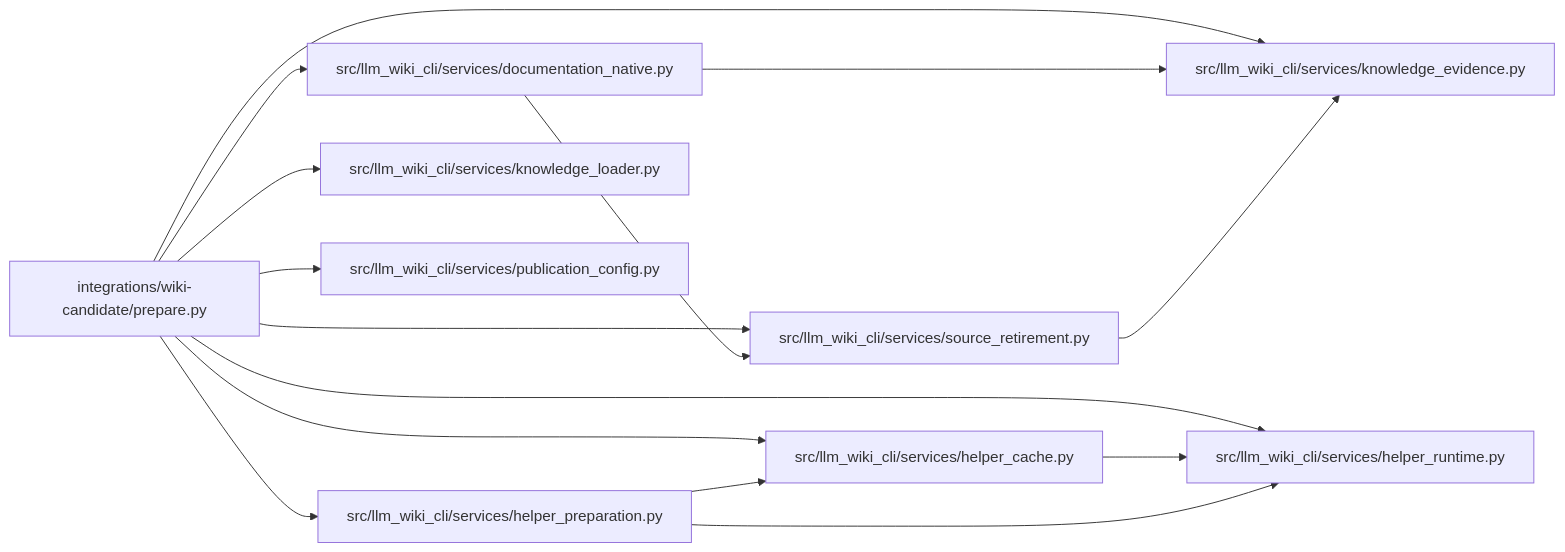
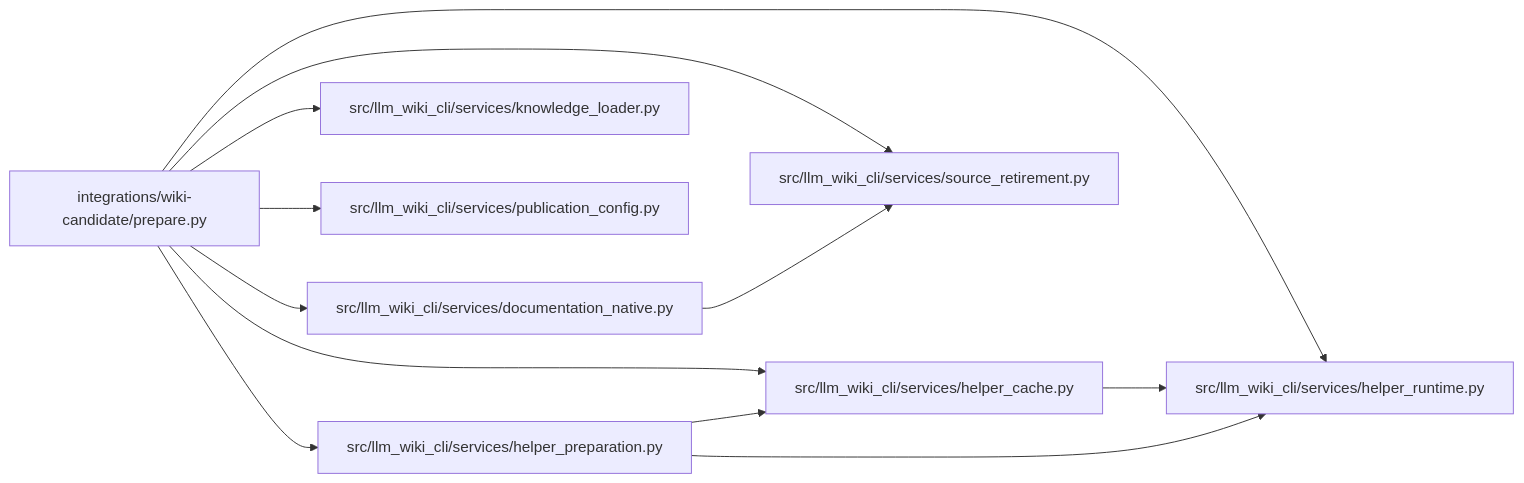
The diagram in docs/llm_wiki/modules/wiki-candidate_prepare.md (Denissvgn/python-wiki-llm), drawn with Mermaid before and after one commit. The commit also changed other lines of this file and 1103 other files, not shown here.

First line of the commit message:
docs: refresh the wiki for the llm-wiki-engine distribution

````diff
--- a/docs/llm_wiki/modules/wiki-candidate_prepare.md
+++ b/docs/llm_wiki/modules/wiki-candidate_prepare.md
@@ -32,35 +32,30 @@
 ```mermaid
 flowchart LR
     n0["integrations/wiki-candidate/prepare.py"]
     n1["src/llm_wiki_cli/services/documentation_native.py"]
     n2["src/llm_wiki_cli/services/helper_cache.py"]
     n3["src/llm_wiki_cli/services/helper_preparation.py"]
     n4["src/llm_wiki_cli/services/helper_runtime.py"]
-    n5["src/llm_wiki_cli/services/knowledge_evidence.py"]
-    n6["src/llm_wiki_cli/services/knowledge_loader.py"]
-    n7["src/llm_wiki_cli/services/publication_config.py"]
-    n8["src/llm_wiki_cli/services/source_retirement.py"]
+    n5["src/llm_wiki_cli/services/knowledge_loader.py"]
+    n6["src/llm_wiki_cli/services/publication_config.py"]
+    n7["src/llm_wiki_cli/services/source_retirement.py"]
     n0 --> n1
     n0 --> n2
     n0 --> n3
     n0 --> n4
     n0 --> n5
     n0 --> n6
     n0 --> n7
-    n0 --> n8
-    n1 --> n5
-    n1 --> n8
+    n1 --> n7
     n2 --> n4
     n3 --> n2
     n3 --> n4
-    n8 --> n5
     click n0 "../modules/wiki-candidate_prepare.md"
     click n1 "../modules/documentation_native.md"
     click n2 "../modules/helper_cache.md"
     click n3 "../modules/helper_preparation.md"
     click n4 "../modules/helper_runtime.md"
-    click n5 "../modules/knowledge_evidence.md"
-    click n6 "../modules/knowledge_loader.md"
-    click n7 "../modules/publication_config.md"
-    click n8 "../modules/source_retirement.md"
+    click n5 "../modules/knowledge_loader.md"
+    click n6 "../modules/publication_config.md"
+    click n7 "../modules/source_retirement.md"
 ```
````
